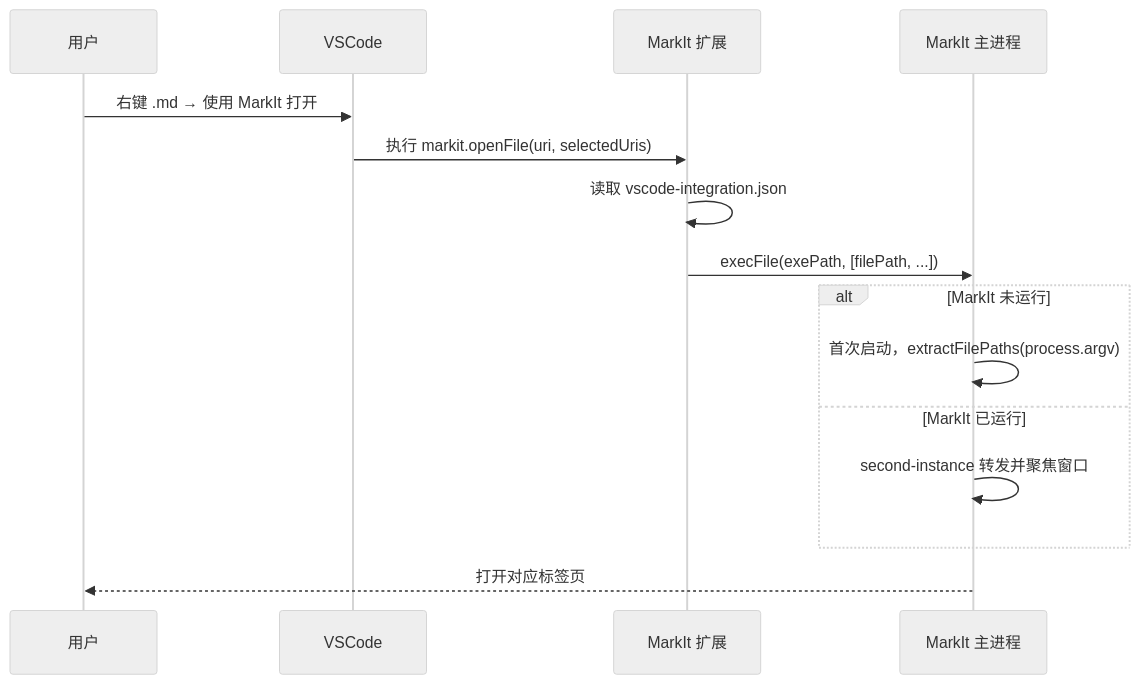
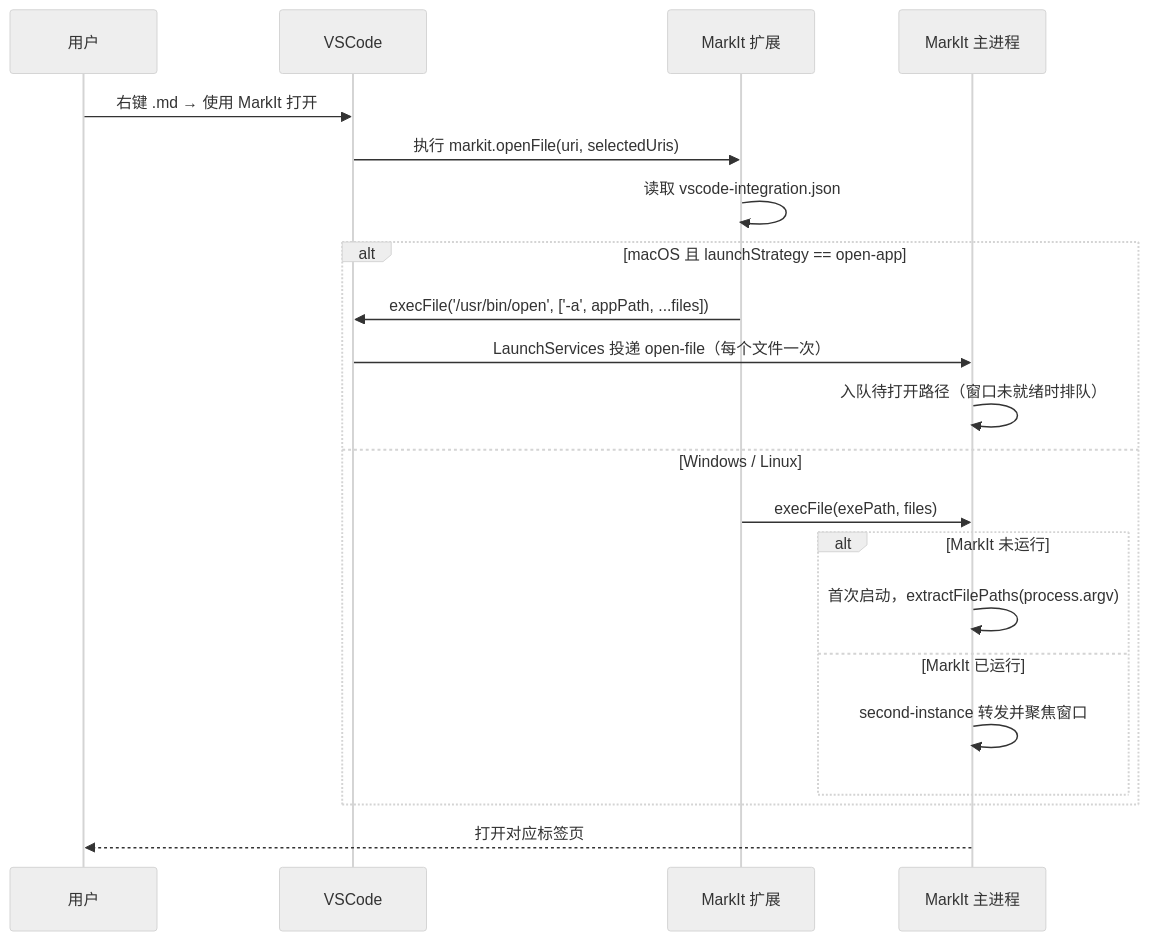
The second of 2 diagrams in docs/计划功能/VSCode资源管理器集成.md (Harley-xk/mark-it), drawn with Mermaid (neutral theme) before and after one commit. The commit also changed other lines of this file, not shown here.

````diff
--- a/docs/计划功能/VSCode资源管理器集成.md
+++ b/docs/计划功能/VSCode资源管理器集成.md
@@ -194,18 +272,24 @@
 ```mermaid
 sequenceDiagram
     participant U as 用户
     participant V as VSCode
     participant E as MarkIt 扩展
     participant M as MarkIt 主进程
 
     U->>V: 右键 .md → 使用 MarkIt 打开
     V->>E: 执行 markit.openFile(uri, selectedUris)
     E->>E: 读取 vscode-integration.json
-    E->>M: execFile(exePath, [filePath, ...])
-    alt MarkIt 未运行
-        M->>M: 首次启动，extractFilePaths(process.argv)
-    else MarkIt 已运行
-        M->>M: second-instance 转发并聚焦窗口
+    alt macOS 且 launchStrategy == open-app
+        E->>V: execFile('/usr/bin/open', ['-a', appPath, ...files])
+        V->>M: LaunchServices 投递 open-file（每个文件一次）
+        M->>M: 入队待打开路径（窗口未就绪时排队）
+    else Windows / Linux
+        E->>M: execFile(exePath, files)
+        alt MarkIt 未运行
+            M->>M: 首次启动，extractFilePaths(process.argv)
+        else MarkIt 已运行
+            M->>M: second-instance 转发并聚焦窗口
+        end
     end
     M-->>U: 打开对应标签页
 ```
````
